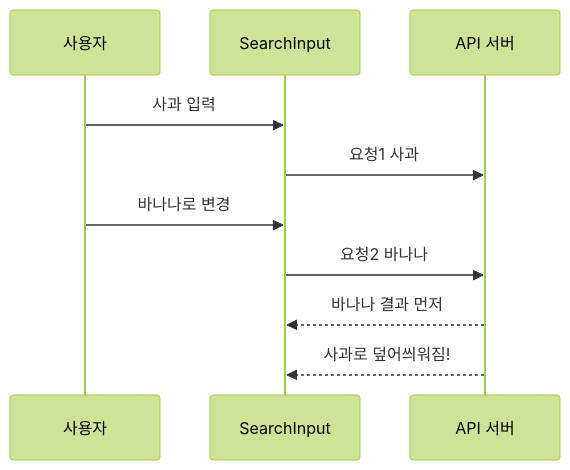
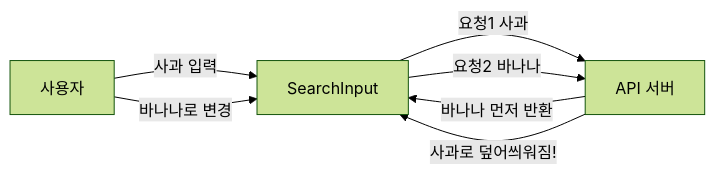
One commit to yjkim2015/yjkim2015.github.io changed the third of 3 diagrams in _posts/frontend/2026-05-02-frontend-testing.md. Above: the diagram before and after it, drawn with Mermaid (forest theme). The commit also changed 50 other files, not shown here.

First line of the commit message:
stateDiagram 11개 graph LR 변환 + 테이블 빈 셀 17개 수정

````diff
--- a/_posts/frontend/2026-05-02-frontend-testing.md
+++ b/_posts/frontend/2026-05-02-frontend-testing.md
@@ -400,12 +400,9 @@
 ```mermaid
-sequenceDiagram
-    participant USER as 사용자
-    participant COMP as SearchInput
-    participant API as API 서버
-    USER->>COMP: 사과 입력
-    COMP->>API: 요청1 사과
-    USER->>COMP: 바나나로 변경
-    COMP->>API: 요청2 바나나
-    API-->>COMP: 바나나 결과 먼저
-    API-->>COMP: 사과로 덮어씌워짐!
+graph LR
+    U["사용자"] -->|"사과 입력"| C["SearchInput"]
+    C -->|"요청1 사과"| API["API 서버"]
+    U -->|"바나나로 변경"| C
+    C -->|"요청2 바나나"| API
+    API -->|"바나나 먼저 반환"| C
+    API -->|"사과로 덮어씌워짐!"| C
 ```
````
